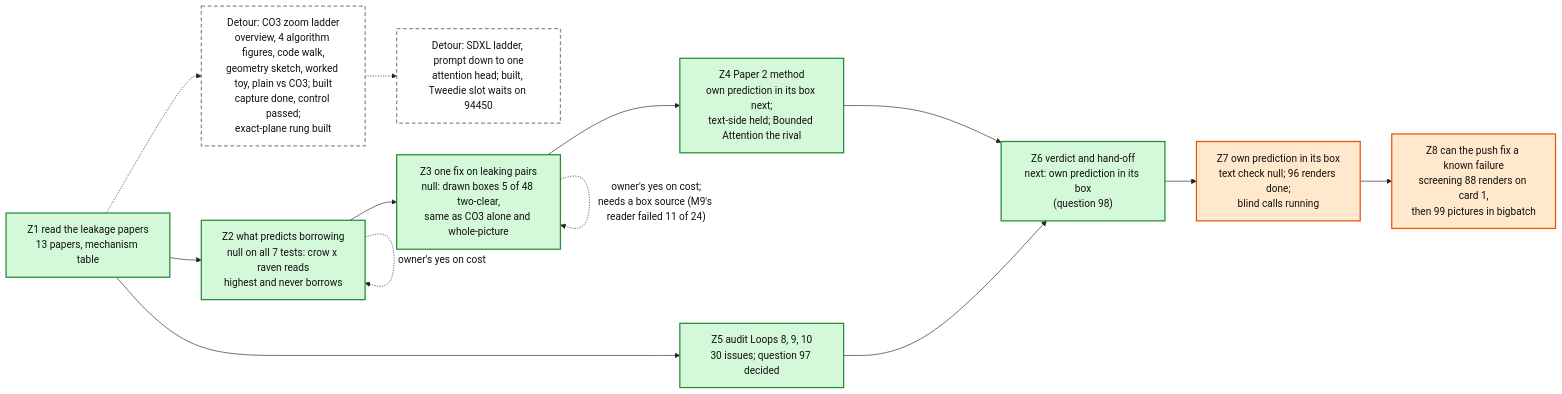
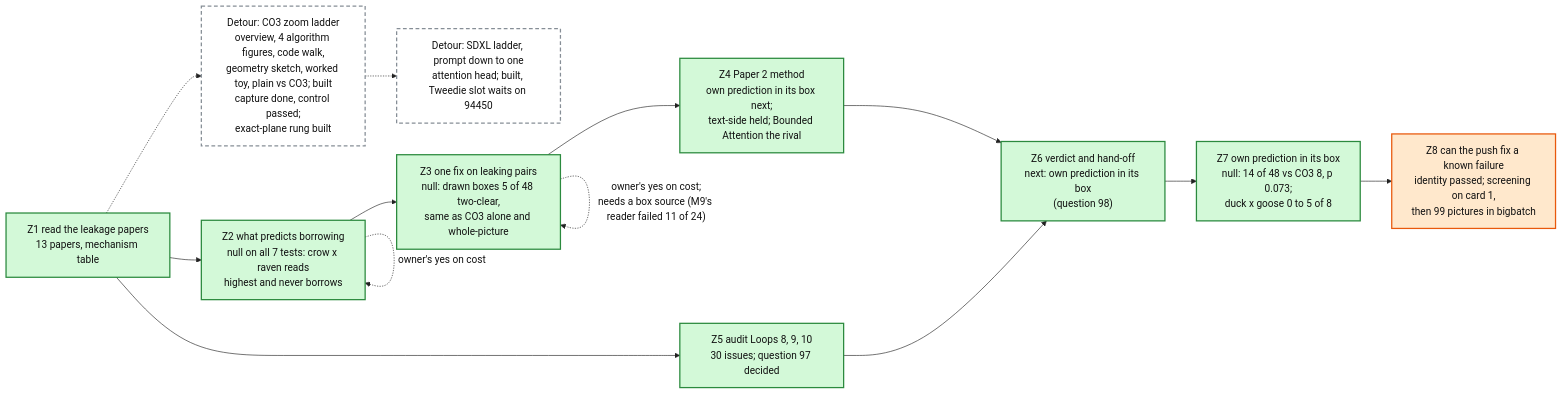
One commit to mo-rsa24/concept-composition changed the diagram in artifacts/notes/progress/leakage/loop-12-progress.mmd. Above: the diagram before and after it, drawn with Mermaid. The commit also changed 1 other file, not shown here.

Commit message:
Loop 12 map: Z7 done, Z8 screening

```diff
--- a/artifacts/notes/progress/leakage/loop-12-progress.mmd
+++ b/artifacts/notes/progress/leakage/loop-12-progress.mmd
@@ -1,24 +1,24 @@
 %%{init: {'theme': 'base', 'themeVariables': {'fontFamily': 'monospace', 'primaryColor': '#ffffff', 'primaryBorderColor': '#222222', 'primaryTextColor': '#111111', 'lineColor': '#222222'}}}%%
 flowchart LR
   Z1["Z1 read the leakage papers<br/>13 papers, mechanism table"]:::done
   Z2["Z2 what predicts borrowing<br/>null on all 7 tests: crow x raven reads<br/>highest and never borrows"]:::done
   Z3["Z3 one fix on leaking pairs<br/>null: drawn boxes 5 of 48 two-clear,<br/>same as CO3 alone and whole-picture"]:::done
   Z4["Z4 Paper 2 method<br/>own prediction in its box next;<br/>text-side held; Bounded Attention the rival"]:::done
   Z5["Z5 audit Loops 8, 9, 10<br/>30 issues; question 97 decided"]:::done
   Z6["Z6 verdict and hand-off<br/>next: own prediction in its box<br/>(question 98)"]:::done
   LAD["Detour: CO3 zoom ladder<br/>overview, 4 algorithm figures, code walk,<br/>geometry sketch, worked toy, plain vs CO3; built<br/>capture done, control passed;<br/>exact-plane rung built"]:::detour
   Z1 -.-> LAD
   SDX["Detour: SDXL ladder, prompt down to one<br/>attention head; built, Tweedie slot waits on 94450"]:::detour
   LAD -.-> SDX
   Z1 --> Z2 --> Z3 --> Z4 --> Z6
   Z1 --> Z5 --> Z6
   Z2 -. "owner's yes on cost" .-> Z2
   Z3 -. "owner's yes on cost;<br/>needs a box source (M9's reader failed 11 of 24)" .-> Z3
-  Z7["Z7 own prediction in its box<br/>text check null; 96 renders done;<br/>blind calls running"]:::doing
+  Z7["Z7 own prediction in its box<br/>null: 14 of 48 vs CO3 8, p 0.073;<br/>duck x goose 0 to 5 of 8"]:::done
   Z6 --> Z7
-  Z8["Z8 can the push fix a known failure<br/>screening 88 renders on card 1,<br/>then 99 pictures in bigbatch"]:::doing
+  Z8["Z8 can the push fix a known failure<br/>identity passed; screening on card 1,<br/>then 99 pictures in bigbatch"]:::doing
   Z7 --> Z8
   classDef done fill:#d3f9d8,stroke:#2b8a3e,stroke-width:2px
   classDef doing fill:#ffe8cc,stroke:#e8590c,stroke-width:2px
   classDef detour fill:#ffffff,stroke:#868e96,stroke-width:2px,stroke-dasharray: 6 4
   classDef todo fill:#f1f3f5,stroke:#868e96,stroke-width:2px
```
